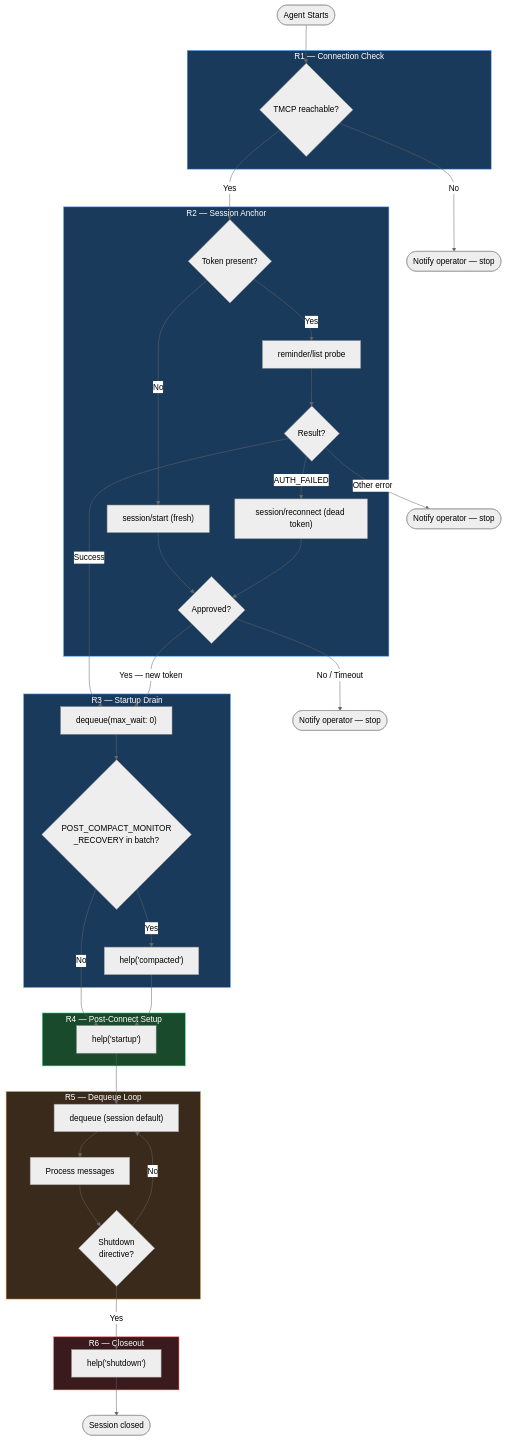
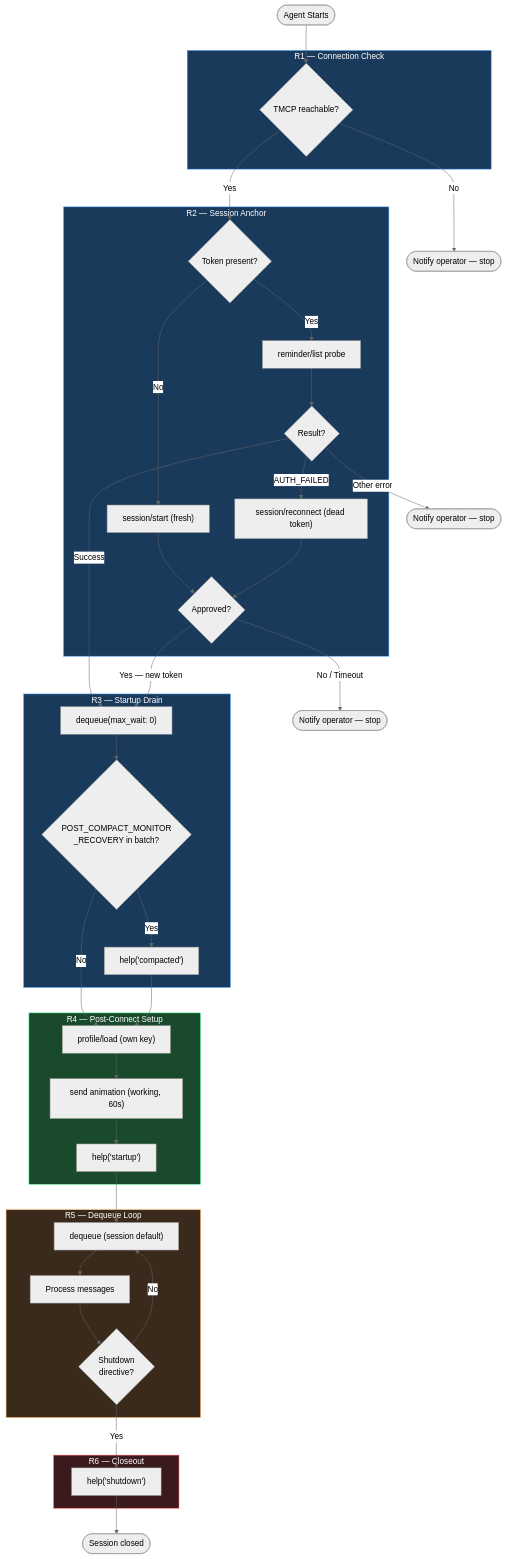
The diagram in skills/telegram-participation/spec.md (electrified-cortex/Telegram-Bridge-MCP), drawn with Mermaid (neutral theme) before and after one commit. The commit also changed other lines of this file and 159 other files, not shown here.

````diff
--- a/skills/telegram-participation/spec.md
+++ b/skills/telegram-participation/spec.md
@@ -19,65 +19,67 @@
 ```mermaid
 flowchart TD
     START([Agent Starts]) --> R1A
 
     subgraph R1["R1 — Connection Check"]
         R1A{TMCP reachable?}
     end
     R1A -->|No| STOP1([Notify operator — stop])
     R1A -->|Yes| R2A
 
     subgraph R2["R2 — Session Anchor"]
         R2A{Token present?}
         R2B["reminder/list probe"]
         R2C{Result?}
         R2D["session/start (fresh)"]
         R2E["session/reconnect (dead token)"]
         R2F{Approved?}
     end
     R2A -->|Yes| R2B
     R2A -->|No| R2D
     R2B --> R2C
     R2C -->|Success| R3A
     R2C -->|AUTH_FAILED| R2E
     R2C -->|Other error| STOP2([Notify operator — stop])
     R2D & R2E --> R2F
     R2F -->|Yes — new token| R3A
     R2F -->|No / Timeout| STOP3([Notify operator — stop])
 
     subgraph R3["R3 — Startup Drain"]
         R3A["dequeue(max_wait: 0)"]
         R3B{POST_COMPACT_MONITOR\n_RECOVERY in batch?}
         R3C["help('compacted')"]
     end
     R3A --> R3B
     R3B -->|Yes| R3C
     R3B -->|No| R4A
     R3C --> R4A
 
     subgraph R4["R4 — Post-Connect Setup"]
-        R4A["help('startup')"]
+        R4A["profile/load (own key)"]
+        R4B["send animation (working, 60s)"]
+        R4C["help('startup')"]
     end
-    R4A --> R5A
+    R4A --> R4B --> R4C --> R5A
 
     subgraph R5["R5 — Dequeue Loop"]
         R5A["dequeue (session default)"]
         R5B[Process messages]
         R5C{Shutdown\ndirective?}
     end
     R5A --> R5B
     R5B --> R5C
     R5C -->|No| R5A
     R5C -->|Yes| R6A
 
     subgraph R6["R6 — Closeout"]
         R6A["help('shutdown')"]
     end
     R6A --> END([Session closed])
 
     style R1 fill:#1a3a5c,stroke:#4a9eff,color:#fff
     style R2 fill:#1a3a5c,stroke:#4a9eff,color:#fff
     style R3 fill:#1a3a5c,stroke:#4a9eff,color:#fff
     style R4 fill:#1a4a2c,stroke:#4aff9e,color:#fff
     style R5 fill:#3a2a1c,stroke:#ffaa4a,color:#fff
     style R6 fill:#3a1a1c,stroke:#ff4a4a,color:#fff
 ```
````
